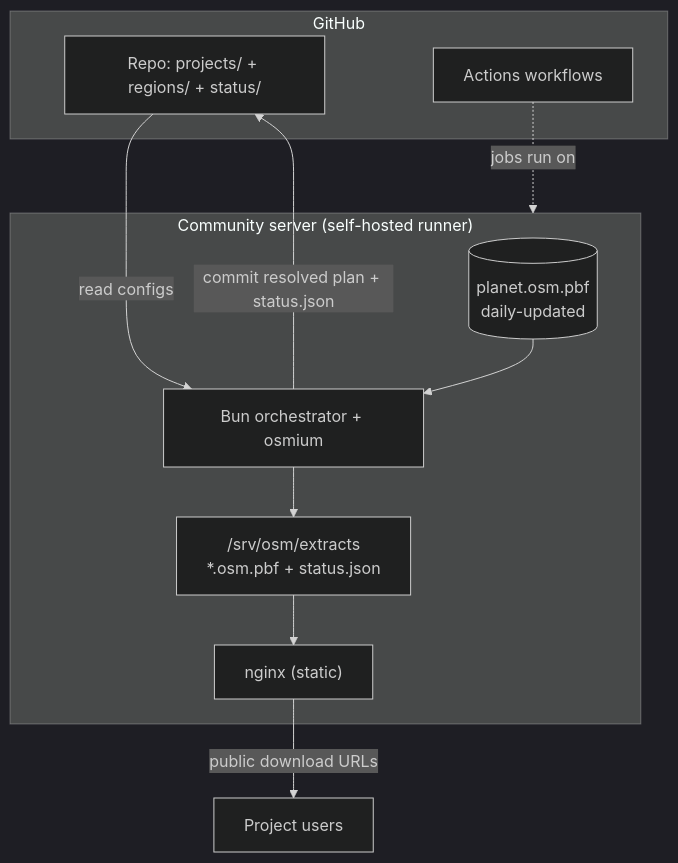
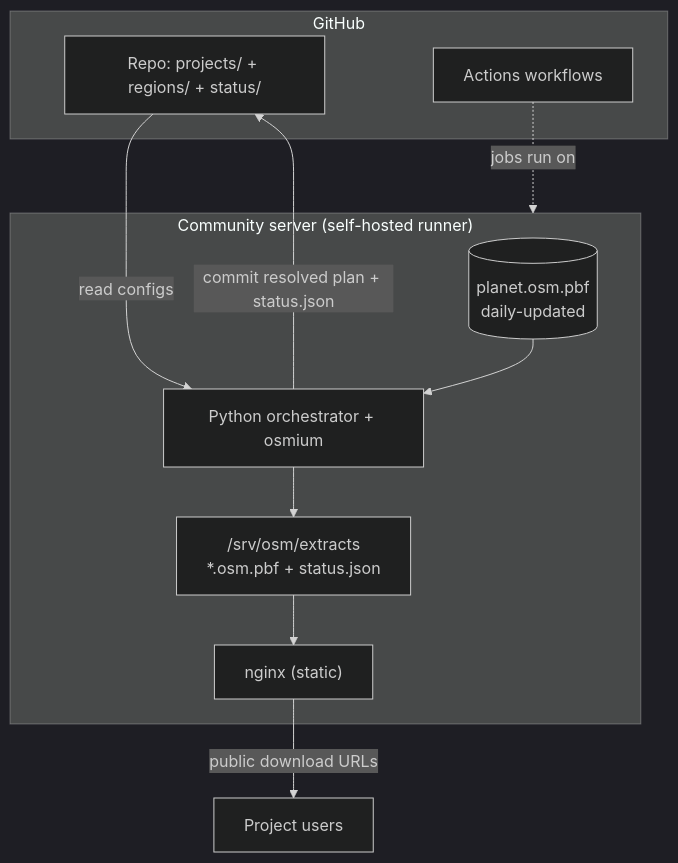
Before and after one commit to osmberlin/osm-pbf-filter-service: the diagram in PLAN.md, drawn with Mermaid (dark theme). The commit also changed other lines of this file and 37 other files, not shown here.

First line of the commit message:
Switch the orchestrator from Bun to Python, drop Bun from the server

````diff
--- a/PLAN.md
+++ b/PLAN.md
@@ -83,22 +83,22 @@
 ```mermaid
 flowchart TD
   subgraph GH[GitHub]
     REPO["Repo: projects/ + regions/ + status/"]
     WF["Actions workflows"]
   end
 
   subgraph SRV["Community server (self-hosted runner)"]
     PLANET[("planet.osm.pbf<br/>daily-updated")]
-    ORCH["Bun orchestrator + osmium"]
+    ORCH["Python orchestrator + osmium"]
     OUT["/srv/osm/extracts<br/>*.osm.pbf + status.json"]
     NGINX["nginx (static)"]
   end
 
   WF -. "jobs run on" .-> SRV
   REPO -- "read configs" --> ORCH
   PLANET --> ORCH
   ORCH --> OUT
   OUT --> NGINX
   NGINX -- "public download URLs" --> USERS["Project users"]
   ORCH -- "commit resolved plan + status.json" --> REPO
 ```
````
